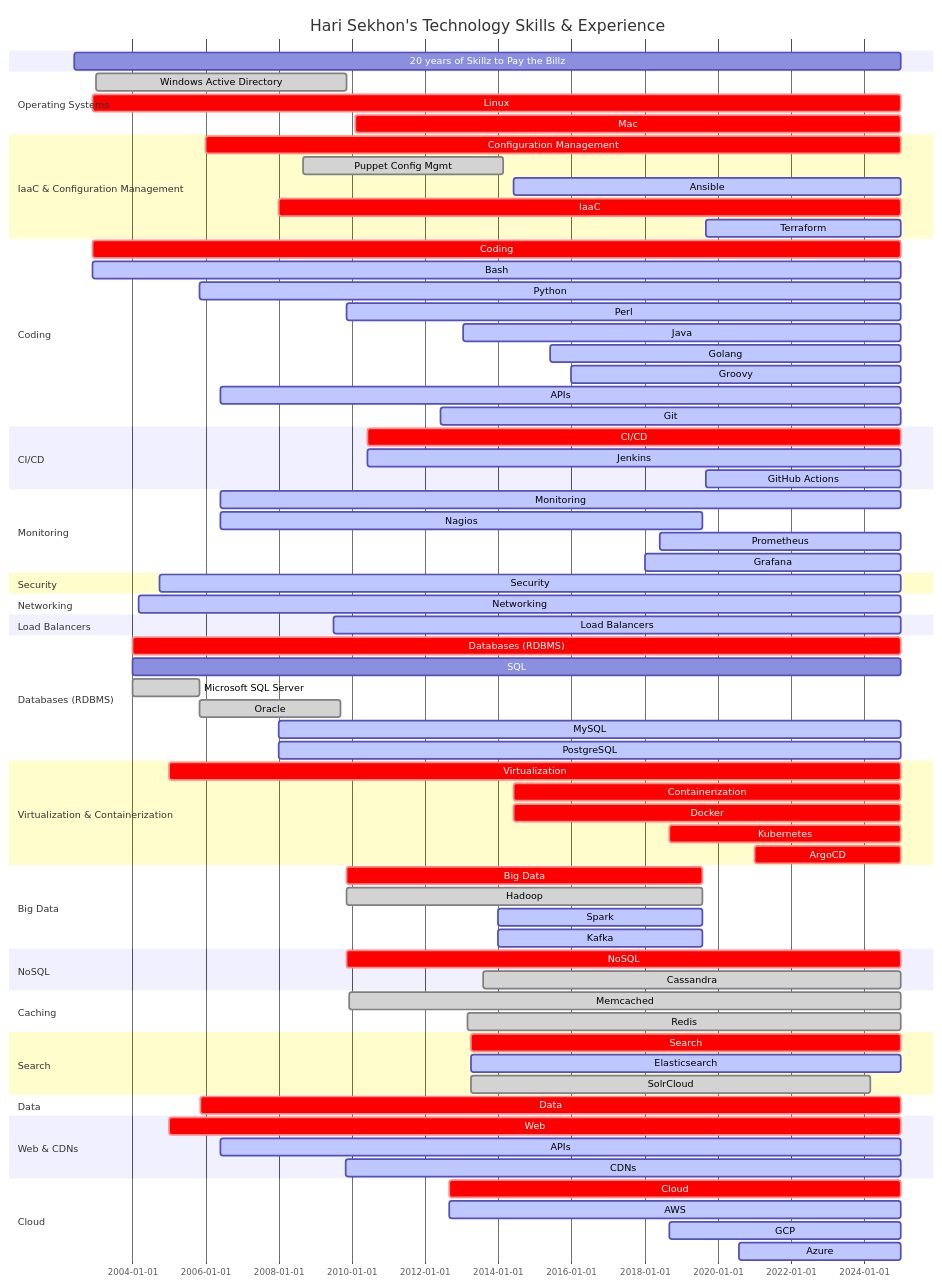
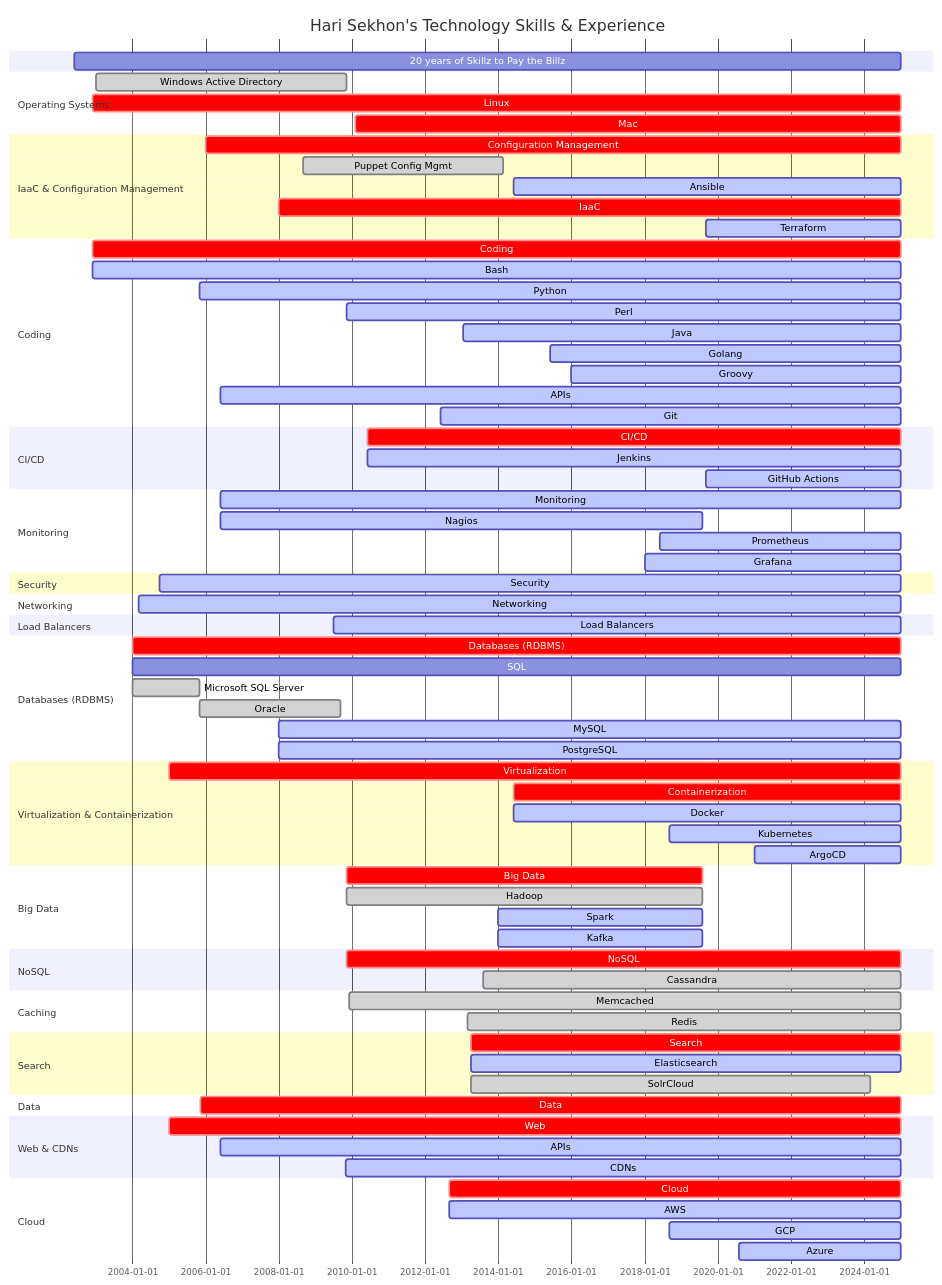
One commit to HariSekhon/HariSekhon changed the diagram in README.md. Above: the diagram before and after it, drawn with Mermaid.

```diff
--- a/README.md
+++ b/README.md
@@ -384,9 +384,9 @@
     %%VMware ESX, ESXi, VirtualBox : done, 2005-01-01, 2017-02-16
     %%Vagrant                : active, 2013-01-01, 2023-12-31
     Containerization       : crit, 2014-06-01, 2024-12-31
-    Docker                 : crit, 2014-06-01, 2024-12-31
-    Kubernetes             : crit, 2018-09-01, 2024-12-31
-    ArgoCD                 : crit, 2021-01-01, 2024-12-31
+    Docker                 : active, 2014-06-01, 2024-12-31
+    Kubernetes             : active, 2018-09-01, 2024-12-31
+    ArgoCD                 : active, 2021-01-01, 2024-12-31
 
     section Big Data
     Big Data               : crit, 2009-11-13, 2019-07-31
```
